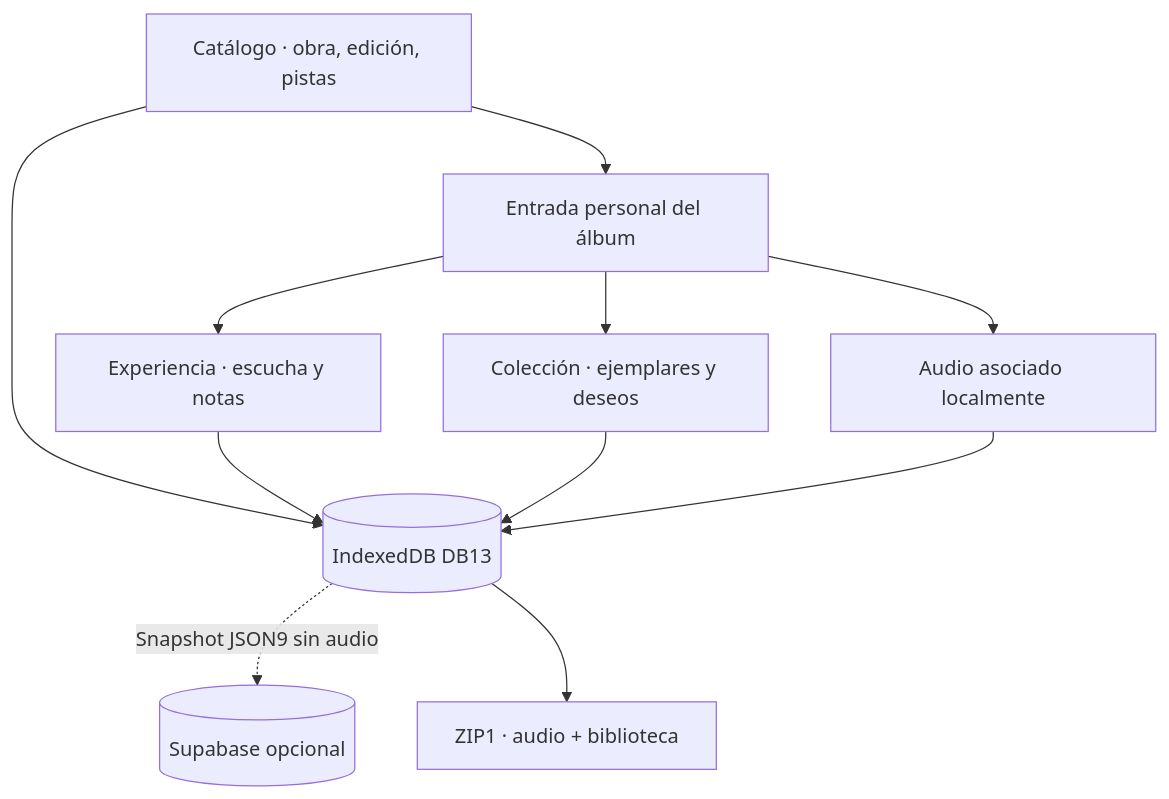
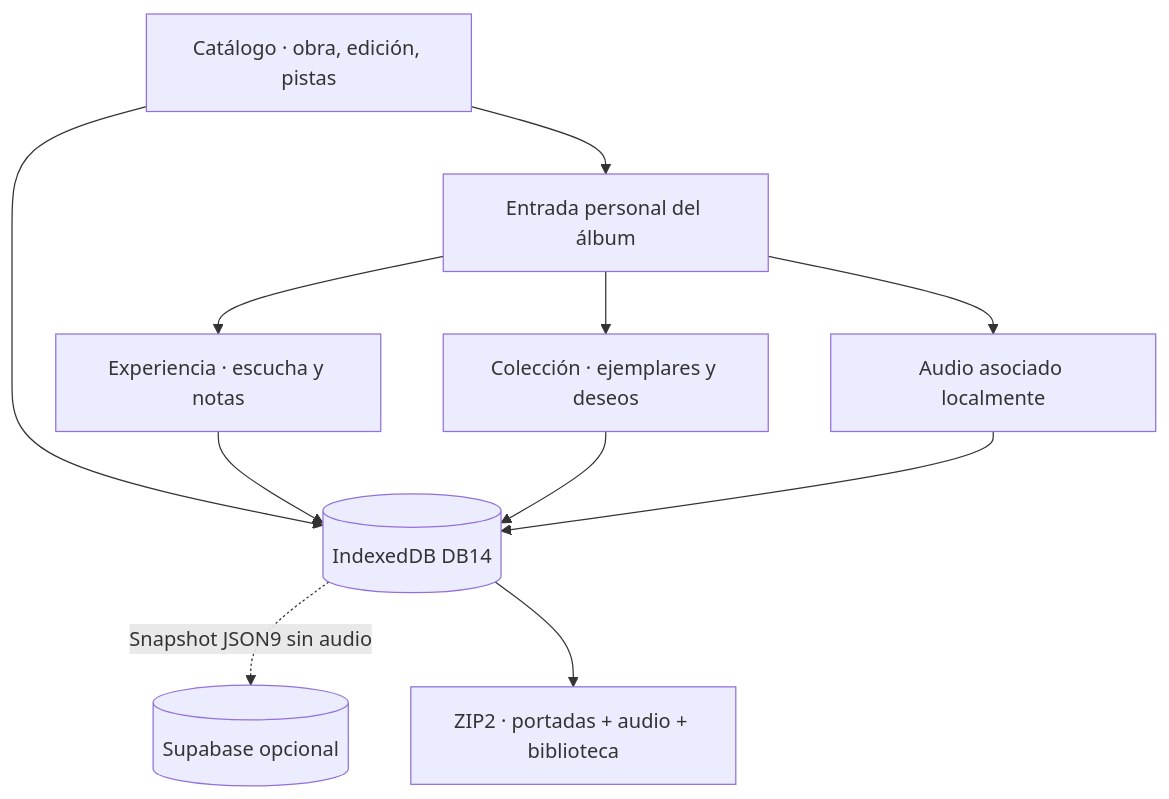
Before and after one commit to NicoCG32/Auditorium: the diagram in docs/README.md, drawn with Mermaid. The commit also changed other lines of this file and 55 other files, not shown here.

````diff
--- a/docs/README.md
+++ b/docs/README.md
@@ -34,13 +35,13 @@
 ```mermaid
 flowchart TD
     A["Catálogo · obra, edición, pistas"] --> U["Entrada personal del álbum"]
     U --> E["Experiencia · escucha y notas"]
     U --> C["Colección · ejemplares y deseos"]
     U --> L["Audio asociado localmente"]
-    A --> B[("IndexedDB DB13")]
+    A --> B[("IndexedDB DB14")]
     E --> B
     C --> B
     L --> B
     B -. "Snapshot JSON9 sin audio" .-> R[("Supabase opcional")]
-    B --> Z["ZIP1 · audio + biblioteca"]
+    B --> Z["ZIP2 · portadas + audio + biblioteca"]
 ```
````
